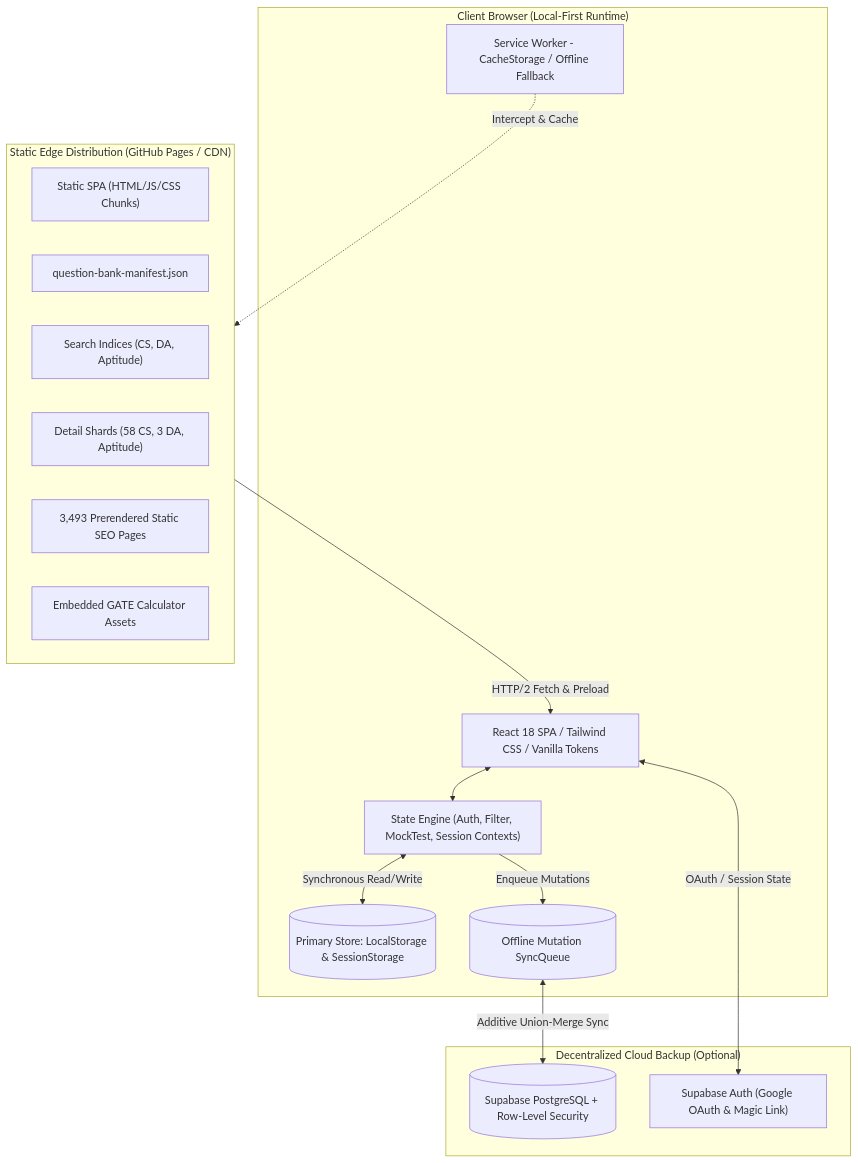
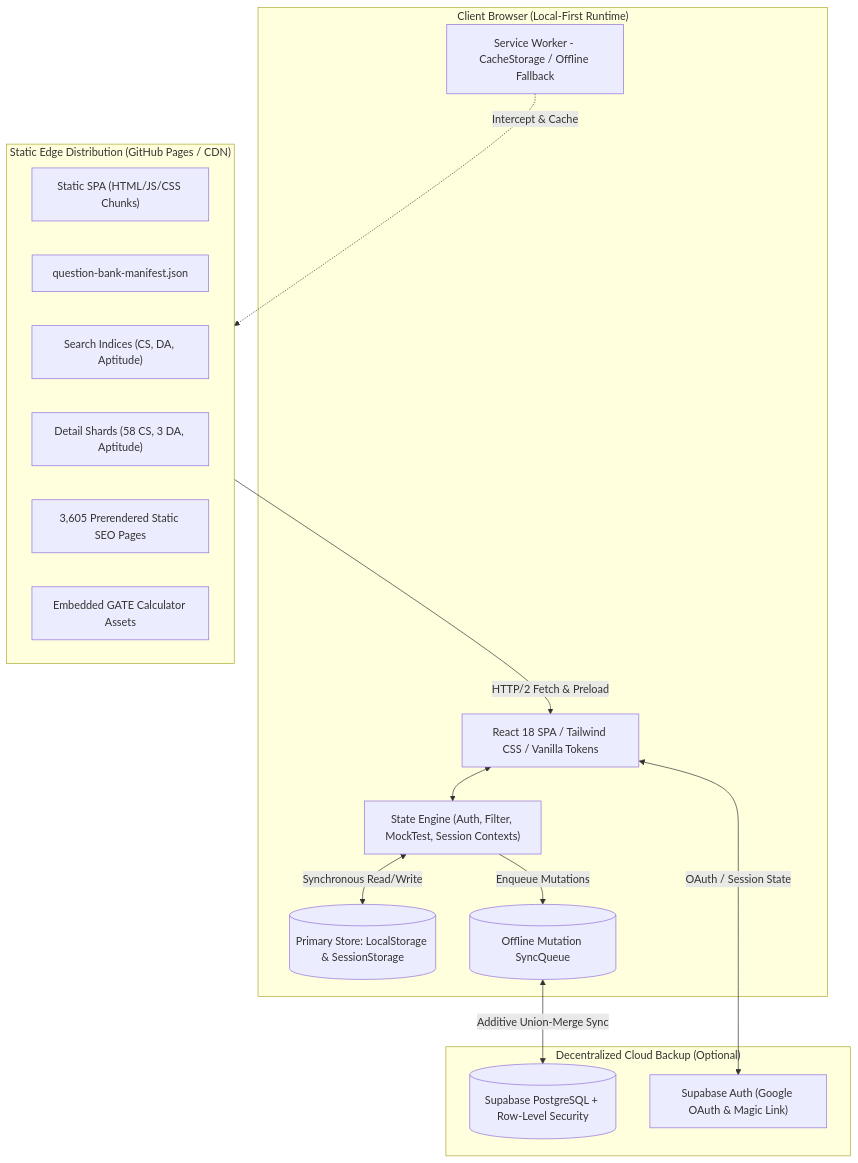
One commit to superawat/Gate_QA changed the first of 10 diagrams in docs/SYSTEM_DESIGN.md. Above: the diagram before and after it, drawn with Mermaid. The commit also changed other lines of this file and 6 other files, not shown here.

````diff
--- a/docs/SYSTEM_DESIGN.md
+++ b/docs/SYSTEM_DESIGN.md
@@ -14,32 +14,32 @@
 ```mermaid
 flowchart TB
     subgraph Client["Client Browser (Local-First Runtime)"]
         UI[React 18 SPA / Tailwind CSS / Vanilla Tokens]
         SW[Service Worker - CacheStorage / Offline Fallback]
         State["State Engine (Auth, Filter, MockTest, Session Contexts)"]
         LS[("Primary Store: LocalStorage & SessionStorage")]
         Queue[("Offline Mutation SyncQueue")]
     end
 
     subgraph StaticDistribution["Static Edge Distribution (GitHub Pages / CDN)"]
         CDN["Static SPA (HTML/JS/CSS Chunks)"]
         Manifest["question-bank-manifest.json"]
         SearchIdx["Search Indices (CS, DA, Aptitude)"]
         Shards["Detail Shards (58 CS, 3 DA, Aptitude)"]
-        SEO["3,493 Prerendered Static SEO Pages"]
+        SEO["3,605 Prerendered Static SEO Pages"]
         Calc["Embedded GATE Calculator Assets"]
     end
 
     subgraph CloudBackup["Decentralized Cloud Backup (Optional)"]
         SupaAuth["Supabase Auth (Google OAuth & Magic Link)"]
         SupaDB[("Supabase PostgreSQL + Row-Level Security")]
     end
 
     StaticDistribution -->|HTTP/2 Fetch & Preload| UI
     UI <--> State
     State <-->|Synchronous Read/Write| LS
     State -->|Enqueue Mutations| Queue
     Queue <-->|Additive Union-Merge Sync| SupaDB
     UI <-->|OAuth / Session State| SupaAuth
     SW -.->|Intercept & Cache| StaticDistribution
 ```
````
